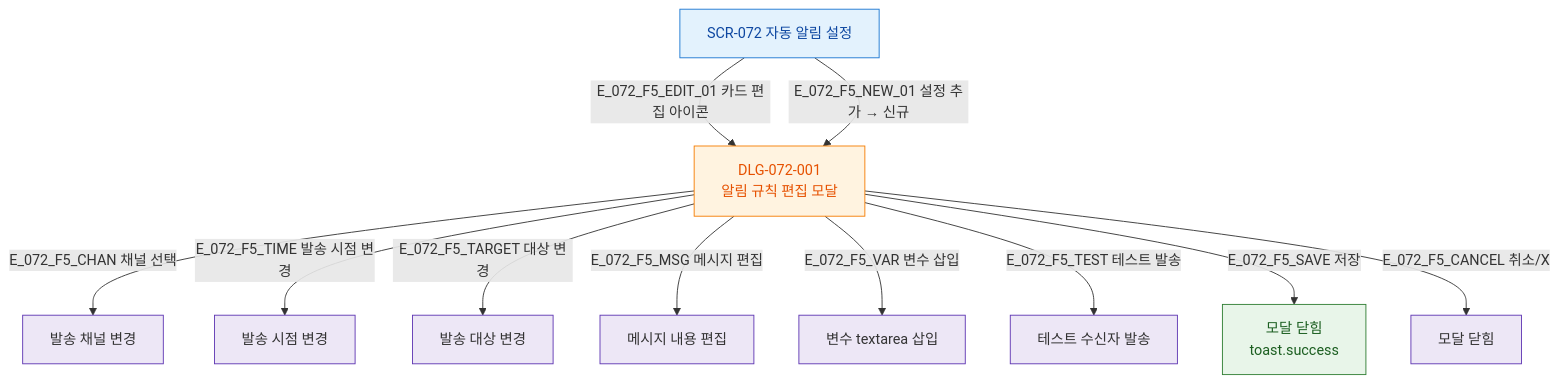
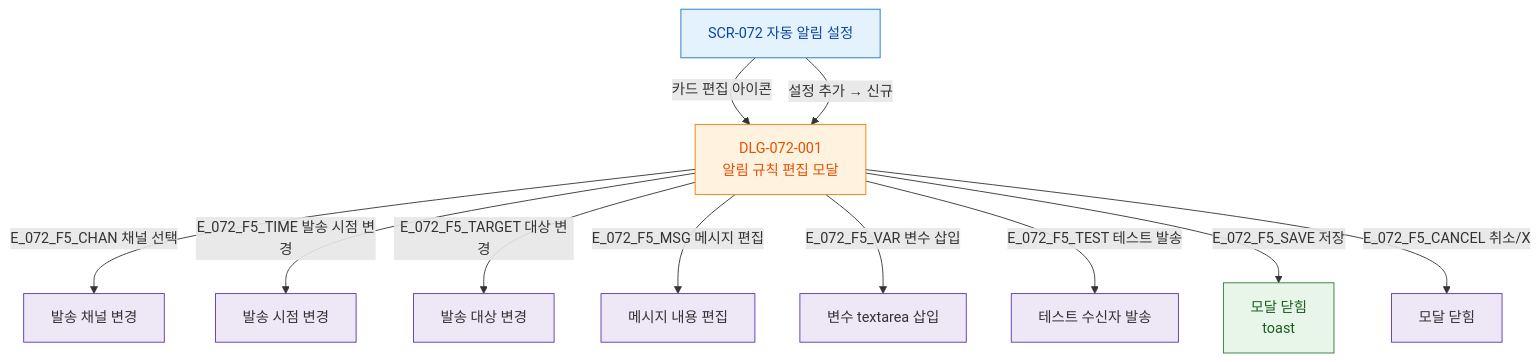
Before and after one commit to dev-spogym/admin-pando: the diagram in docs/다이어그램/D08_마케팅/SCR-072_자동알림설정/F5_모달트리거.md, drawn with Mermaid. The commit also changed other lines of this file and 1660 other files, not shown here.

First line of the commit message:
다이어그램: 기획자/클라이언트 납품본으로 정리

````diff
--- a/docs/다이어그램/D08_마케팅/SCR-072_자동알림설정/F5_모달트리거.md
+++ b/docs/다이어그램/D08_마케팅/SCR-072_자동알림설정/F5_모달트리거.md
@@ -14,26 +12,26 @@
 ```mermaid
 flowchart TD
   SCR_072[SCR-072 자동 알림 설정]
 
-  SCR_072 -->|E_072_F5_EDIT_01 카드 편집 아이콘| DLG_001[DLG-072-001\n알림 규칙 편집 모달]
-  SCR_072 -->|E_072_F5_NEW_01 설정 추가 → 신규| DLG_001
+  SCR_072 -->|카드 편집 아이콘|DLG_001[DLG-072-001\n알림 규칙 편집 모달]
+  SCR_072 -->|설정 추가 → 신규|DLG_001
 
-  DLG_001 -->|E_072_F5_CHAN 채널 선택| CHAN[발송 채널 변경]
-  DLG_001 -->|E_072_F5_TIME 발송 시점 변경| TIMING[발송 시점 변경]
-  DLG_001 -->|E_072_F5_TARGET 대상 변경| TARGET[발송 대상 변경]
-  DLG_001 -->|E_072_F5_MSG 메시지 편집| MSG[메시지 내용 편집]
-  DLG_001 -->|E_072_F5_VAR 변수 삽입| VAR[변수 textarea 삽입]
-  DLG_001 -->|E_072_F5_TEST 테스트 발송| TEST[테스트 수신자 발송]
-  DLG_001 -->|E_072_F5_SAVE 저장| SAVED[모달 닫힘\ntoast.success]
-  DLG_001 -->|E_072_F5_CANCEL 취소/X| CANCEL[모달 닫힘]
+  DLG_001 -->|E_072_F5_CHAN 채널 선택|CHAN[발송 채널 변경]
+  DLG_001 -->|E_072_F5_TIME 발송 시점 변경|TIMING[발송 시점 변경]
+  DLG_001 -->|E_072_F5_TARGET 대상 변경|TARGET[발송 대상 변경]
+  DLG_001 -->|E_072_F5_MSG 메시지 편집|MSG[메시지 내용 편집]
+  DLG_001 -->|E_072_F5_VAR 변수 삽입|VAR[변수 textarea 삽입]
+  DLG_001 -->|E_072_F5_TEST 테스트 발송|TEST[테스트 수신자 발송]
+  DLG_001 -->|E_072_F5_SAVE 저장|SAVED[모달 닫힘\ntoast]
+  DLG_001 -->|E_072_F5_CANCEL 취소/X|CANCEL[모달 닫힘]
 
-  classDef screen      fill:#E3F2FD,stroke:#1976D2,color:#0D47A1
-  classDef modal       fill:#FFF3E0,stroke:#F57C00,color:#E65100
-  classDef success     fill:#E8F5E9,stroke:#2E7D32,color:#1B5E20
-  classDef system      fill:#EDE7F6,stroke:#5E35B2
+  classDef screen fill:#E3F2FD,stroke:#1976D2,color:#0D47A1
+  classDef modal fill:#FFF3E0,stroke:#F57C00,color:#E65100
+  classDef success fill:#E8F5E9,stroke:#2E7D32,color:#1B5E20
+  classDef system fill:#EDE7F6,stroke:#5E35B2
 
   class SCR_072 screen
   class DLG_001 modal
   class SAVED success
   class CHAN,TIMING,TARGET,MSG,VAR,TEST,CANCEL system
 ```
````
